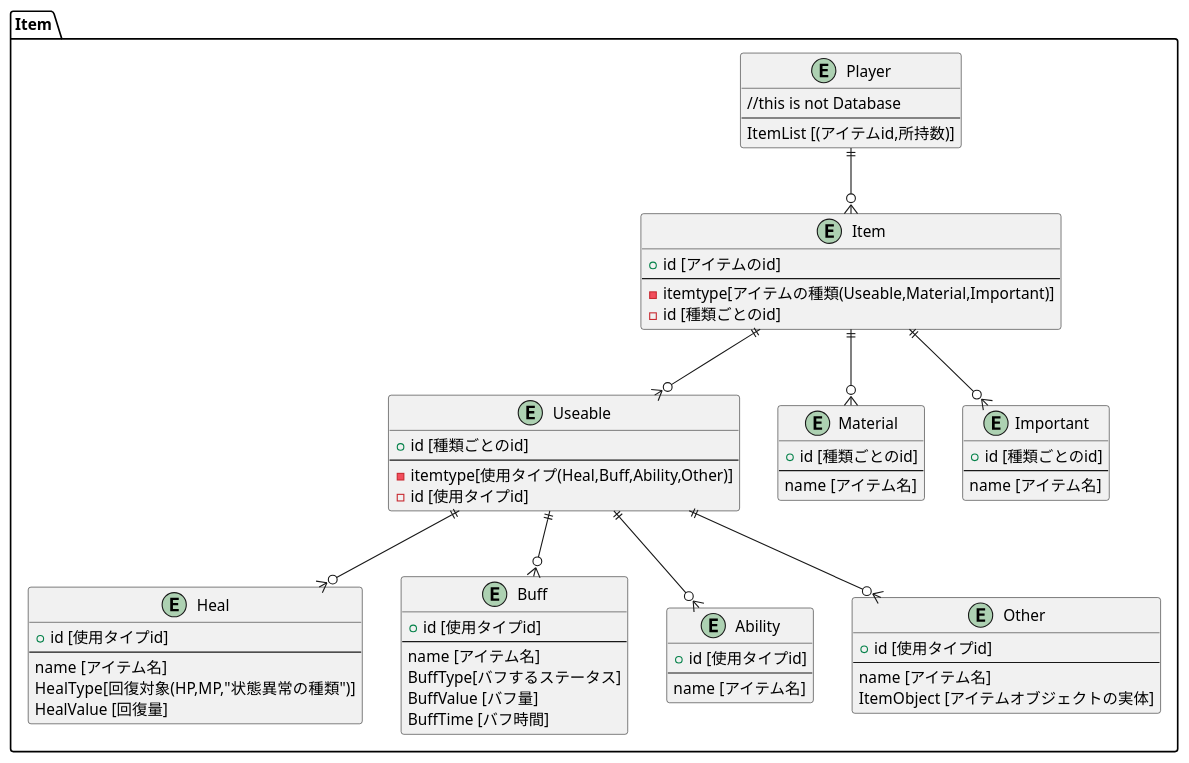
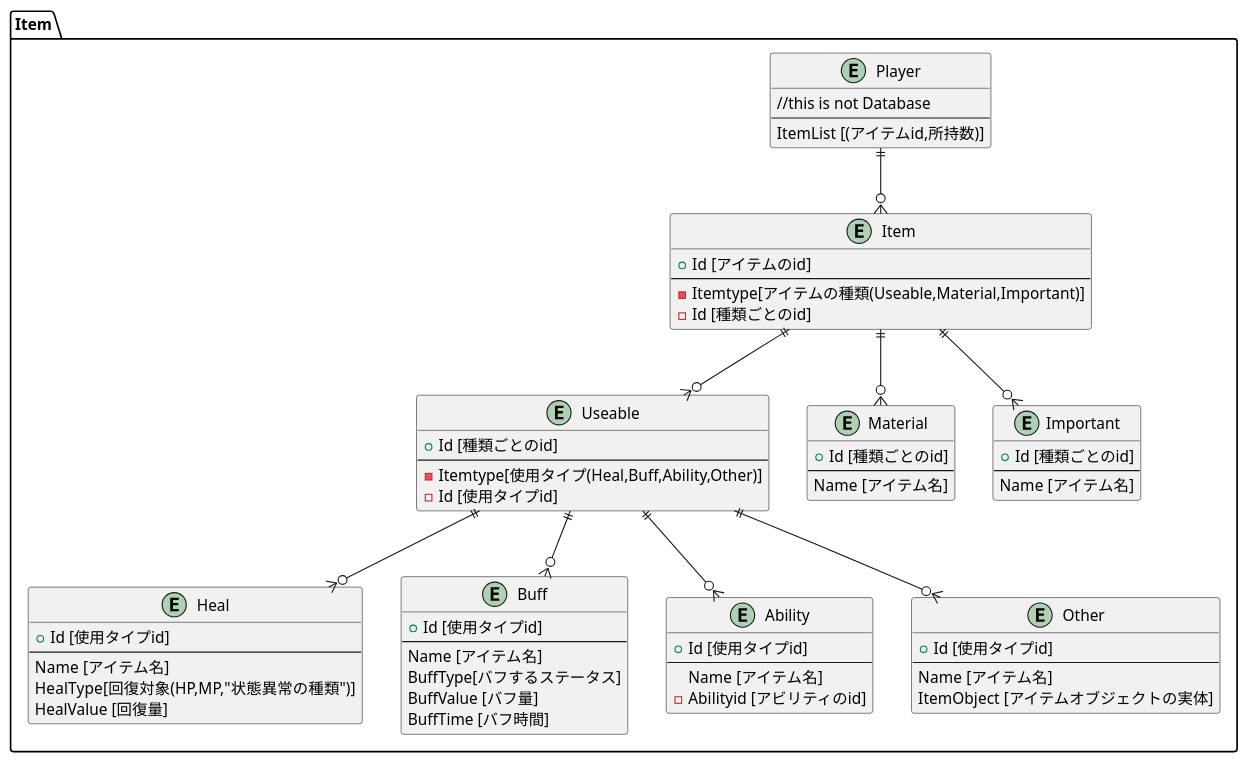
Before and after one commit to shutouyusei/MagicKnight: the diagram in Document/Internal Design/All/ER_Item.pu, drawn with PlantUML. The commit also changed 2 other files, not shown here.

Commit message:
[add]ER_Ability

```diff
--- a/Document/Internal Design/All/ER_Item.pu
+++ b/Document/Internal Design/All/ER_Item.pu
@@ -1,76 +1,77 @@
 @startuml tables
 package Item
 {
     entity "Player"
     {
         //this is not Database
         ---
         ItemList [(アイテムid,所持数)]
     }
     entity "Item" 
     {
-        +id [アイテムのid]
+        +Id [アイテムのid]
         ---
-        -itemtype[アイテムの種類(Useable,Material,Important)]
-        -id [種類ごとのid]
+        -Itemtype[アイテムの種類(Useable,Material,Important)]
+        -Id [種類ごとのid]
     }
     entity "Useable"
     {
-        +id [種類ごとのid]
+        +Id [種類ごとのid]
         ---
-        -itemtype[使用タイプ(Heal,Buff,Ability,Other)]
-        -id [使用タイプid]
+        -Itemtype[使用タイプ(Heal,Buff,Ability,Other)]
+        -Id [使用タイプid]
     }
     entity "Heal"
     {
-        +id [使用タイプid]
+        +Id [使用タイプid]
         ---
-        name [アイテム名]
+        Name [アイテム名]
         HealType[回復対象(HP,MP,"状態異常の種類")]
         HealValue [回復量]
     }
     entity "Buff"
     {
-        +id [使用タイプid]
+        +Id [使用タイプid]
         ---
-        name [アイテム名]
+        Name [アイテム名]
         BuffType[バフするステータス]
         BuffValue [バフ量]
         BuffTime [バフ時間]
     }
     entity "Ability"
     {
-        +id [使用タイプid]
+        +Id [使用タイプid]
         ---
-        name [アイテム名]
+        Name [アイテム名]
+        -Abilityid [アビリティのid]
     }
     entity "Other"
     {
-        +id [使用タイプid]
+        +Id [使用タイプid]
         ---
-        name [アイテム名]
+        Name [アイテム名]
         ItemObject [アイテムオブジェクトの実体]
     }
     entity "Material"
     {
-        +id [種類ごとのid]
+        +Id [種類ごとのid]
         ---
-        name [アイテム名]
+        Name [アイテム名]
     }
     entity "Important"
     {
-        +id [種類ごとのid]
+        +Id [種類ごとのid]
         ---
-        name [アイテム名]
+        Name [アイテム名]
     }
     Player ||--o{ Item
     Item ||--o{ Useable
     Useable ||--o{ Heal
     Useable ||--o{ Buff
     Useable ||--o{ Ability
     Useable ||--o{ Other
     Item ||--o{ Material
     Item ||--o{ Important
 }
 
 @enduml
```
